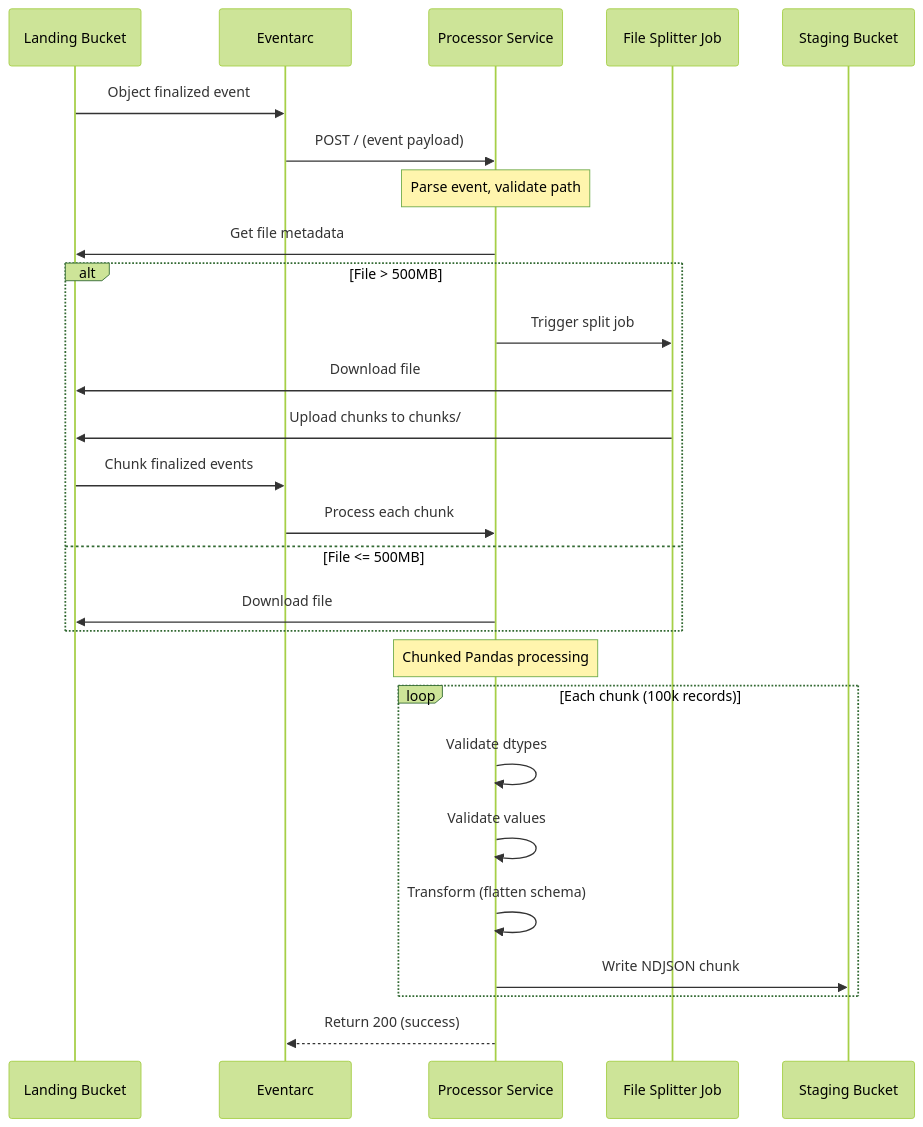
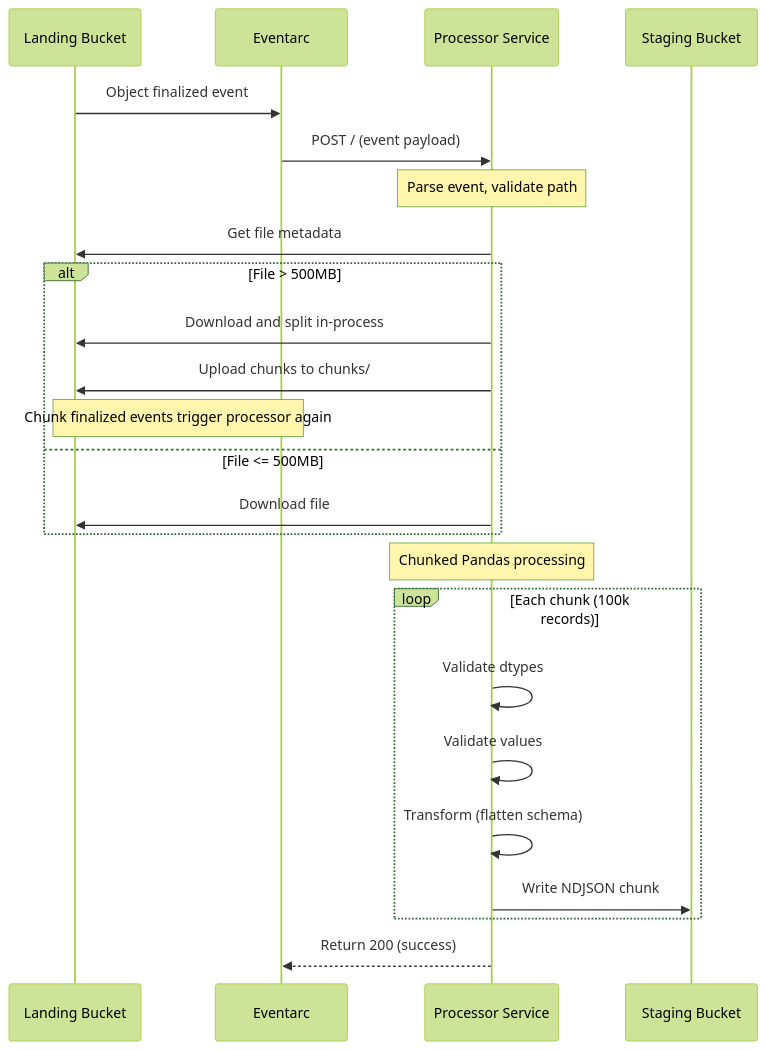
The third of 3 diagrams in design/github_archive/phase2_process_files/Phase_2_Design.md (prateekpanjla-outlook/gcp_data_proc), drawn with Mermaid (forest theme) before and after one commit. The commit also changed other lines of this file and 26 other files, not shown here.

````diff
--- a/design/github_archive/phase2_process_files/Phase_2_Design.md
+++ b/design/github_archive/phase2_process_files/Phase_2_Design.md
@@ -154,34 +146,31 @@
 ```mermaid
 sequenceDiagram
     participant GCS as Landing Bucket
     participant ET as Eventarc
     participant P as Processor Service
-    participant FS as File Splitter Job
     participant SB as Staging Bucket
 
     GCS->>ET: Object finalized event
     ET->>P: POST / (event payload)
 
     Note over P: Parse event, validate path
     P->>GCS: Get file metadata
 
     alt File > 500MB
-        P->>FS: Trigger split job
-        FS->>GCS: Download file
-        FS->>GCS: Upload chunks to chunks/
-        GCS->>ET: Chunk finalized events
-        ET->>P: Process each chunk
+        P->>GCS: Download and split in-process
+        P->>GCS: Upload chunks to chunks/
+        Note over GCS,ET: Chunk finalized events trigger processor again
     else File <= 500MB
         P->>GCS: Download file
     end
 
     Note over P: Chunked Pandas processing
     loop Each chunk (100k records)
         P->>P: Validate dtypes
         P->>P: Validate values
         P->>P: Transform (flatten schema)
         P->>SB: Write NDJSON chunk
     end
 
     P-->>ET: Return 200 (success)
 ```
````
